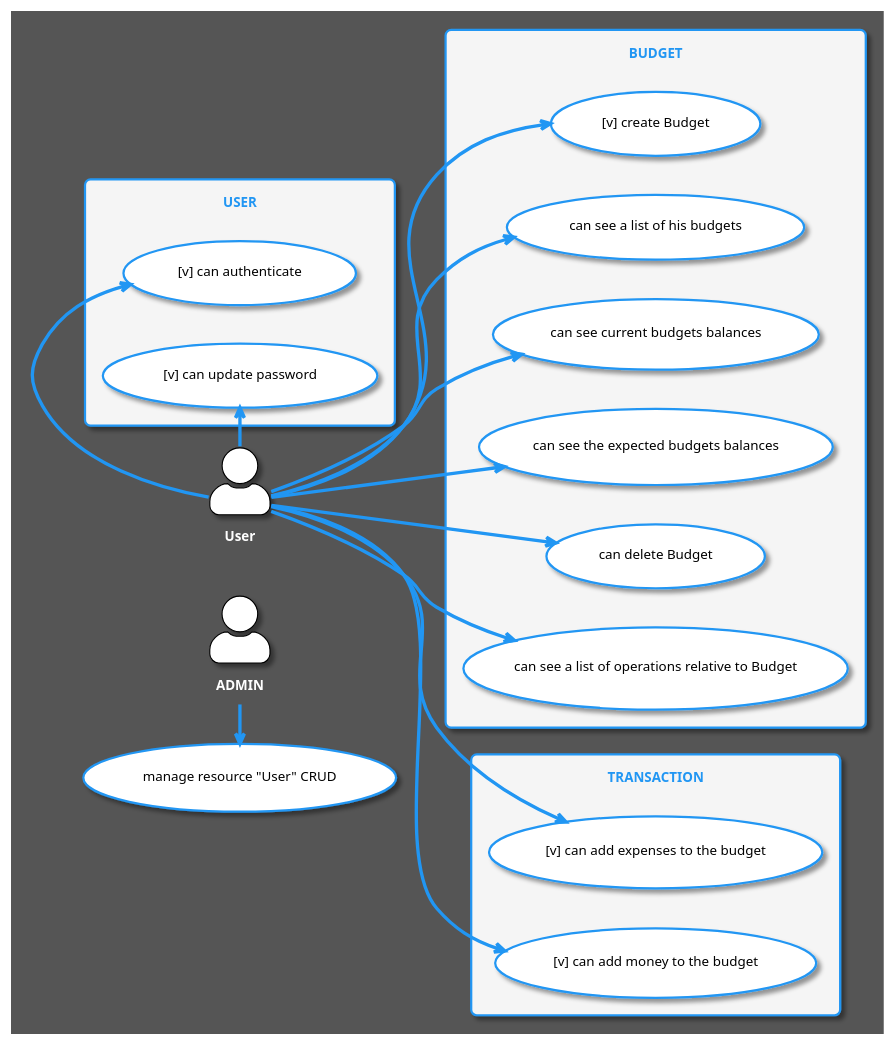
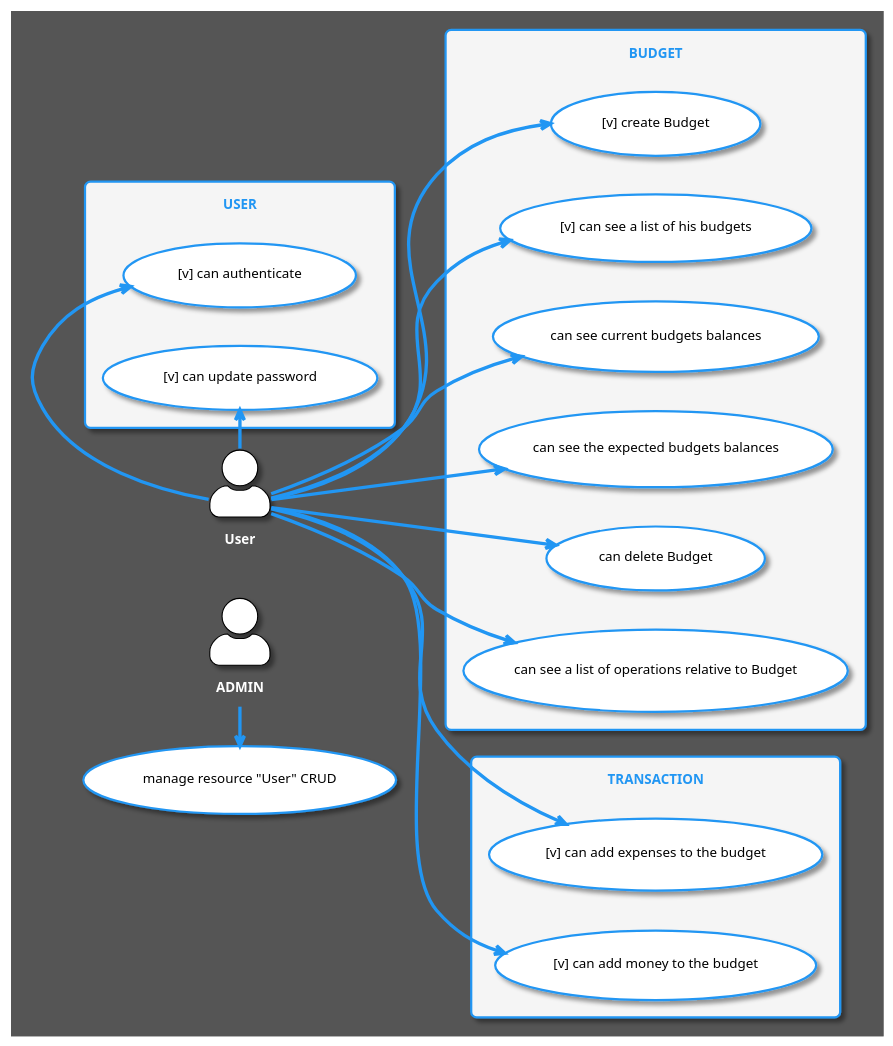
One commit to hello-devs/budget-manager-api changed the diagram in docs/use-case/general-diagram.puml. Above: the diagram before and after it, drawn with PlantUML.

Commit message:
docs: Update usecases diagram progress

```diff
--- a/docs/use-case/general-diagram.puml
+++ b/docs/use-case/general-diagram.puml
@@ -1,46 +1,46 @@
 @startuml
 !theme materia
 skinparam actorStyle awesome
 skinparam roundcorner 10
 skinparam BackgroundColor #555555
 skinparam usecase{
     BackgroundColor white
     FontColor black
 }
 skinparam Actor{
     BackgroundColor white
     BorderColor black
     FontColor white
     FontStyle bold
 }
 skinparam rectangle{
     BackgroundColor WhiteSmoke
 }
 left to right direction
 '----------------------------------------------
 
 actor :ADMIN: as ADM
 actor :User: as U
 
 ADM -> (manage resource "User" CRUD)
 
 rectangle USER{
     U -> ([v] can authenticate)
     U -> ([v] can update password)
 }
 
 rectangle BUDGET{
     U --> ([v] create Budget)
-    U --> (can see a list of his budgets)
+    U --> ([v] can see a list of his budgets)
     U --> (can see current budgets balances)
     U --> (can see the expected budgets balances)
     U --> (can delete Budget)
     U --> (can see a list of operations relative to Budget)
 }
 rectangle TRANSACTION{
  U --> ([v] can add expenses to the budget)
  U --> ([v] can add money to the budget)
 }
 
 
 @enduml
```
